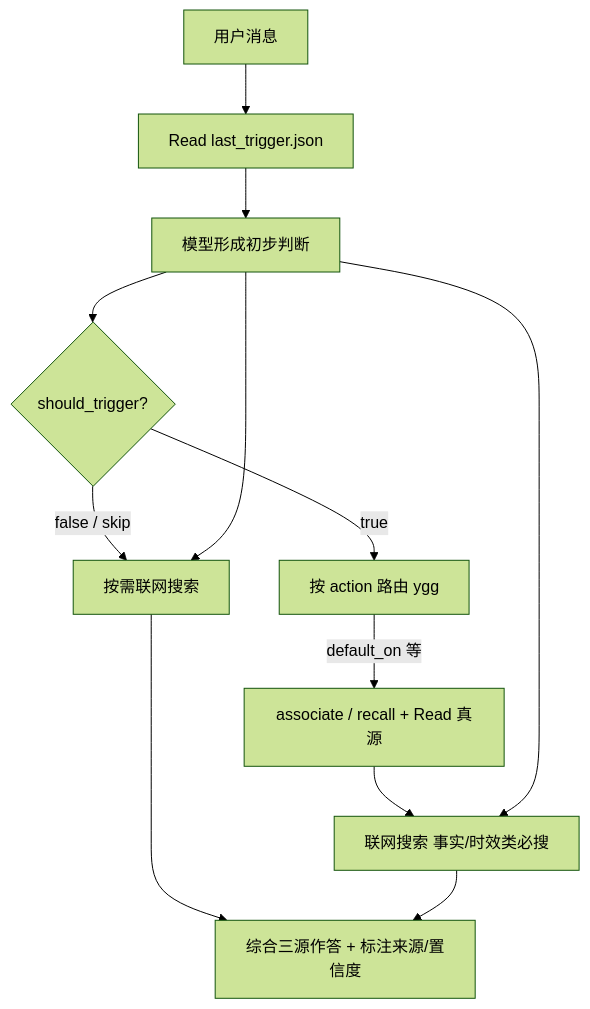
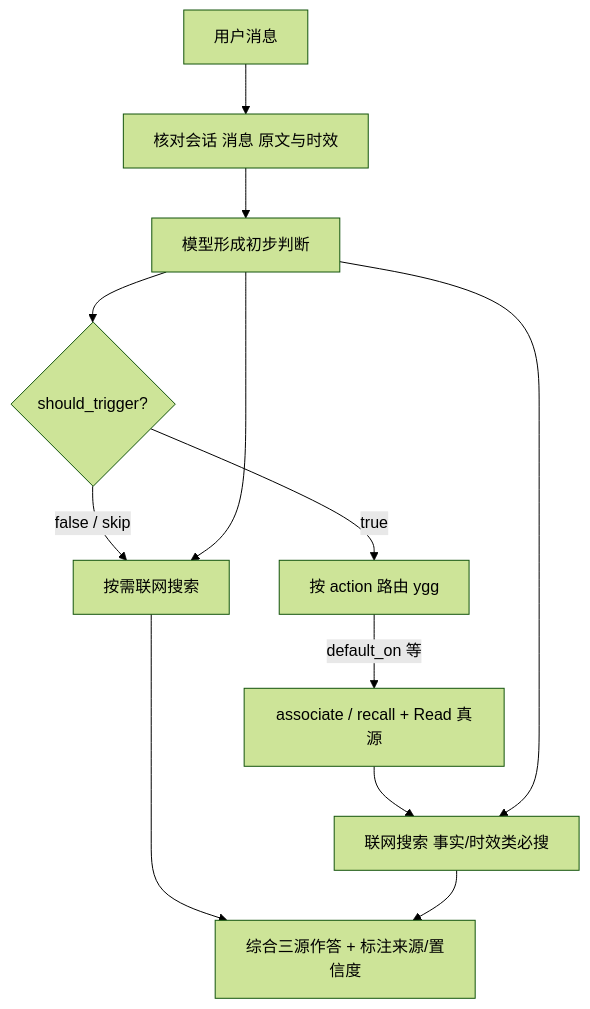
One commit to leoknuth/YggForge changed the diagram in docs/reference/triggers.md. Above: the diagram before and after it, drawn with Mermaid (forest theme). The commit also changed other lines of this file and 75 other files, not shown here.

````diff
--- a/docs/reference/triggers.md
+++ b/docs/reference/triggers.md
@@ -293,14 +293,14 @@
 ```mermaid
 flowchart TB
-  msg[用户消息] --> read[Read last_trigger.json]
+  msg[用户消息] --> read[核对会话 消息 原文与时效]
   read --> model[模型形成初步判断]
   model --> gate{should_trigger?}
   gate -->|false / skip| web1[按需联网搜索]
   gate -->|true| route[按 action 路由 ygg]
   route -->|default_on 等| ygg[associate / recall + Read 真源]
   ygg --> web2[联网搜索 事实/时效类必搜]
   web1 --> synth[综合三源作答 + 标注来源/置信度]
   web2 --> synth
   model --> web1
   model --> web2
 ```
````
